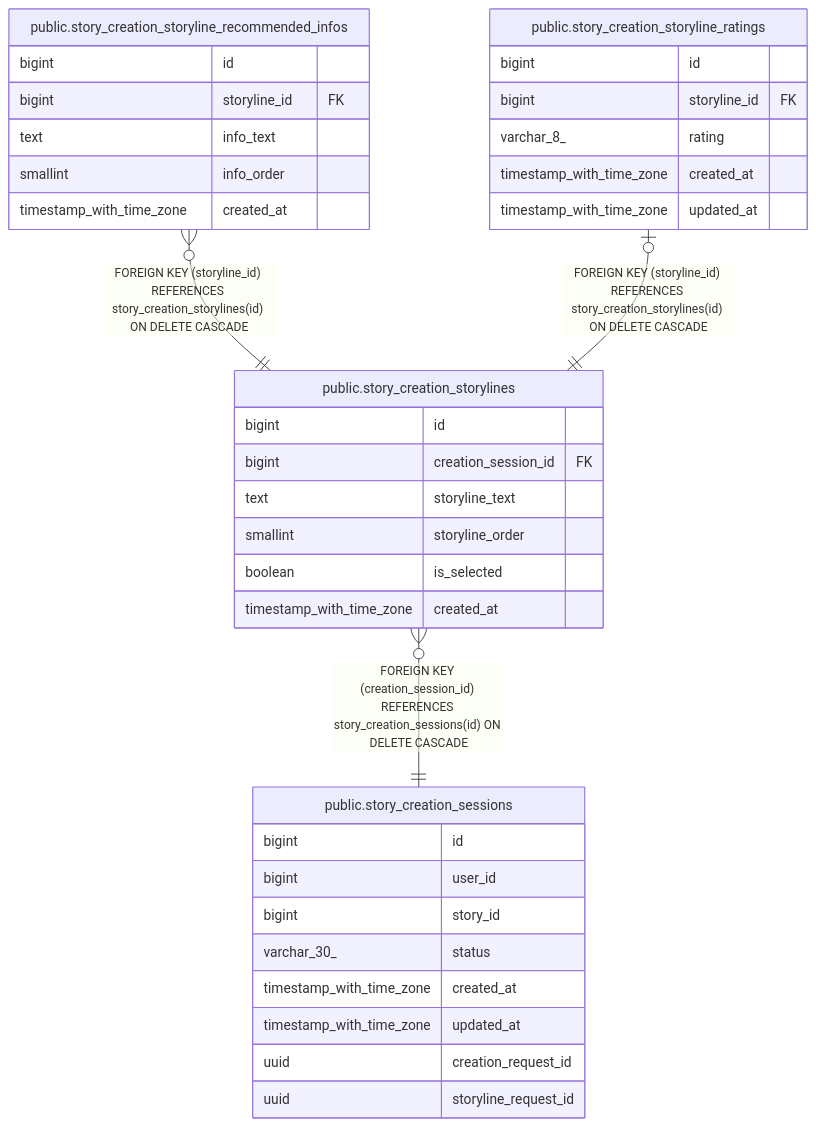
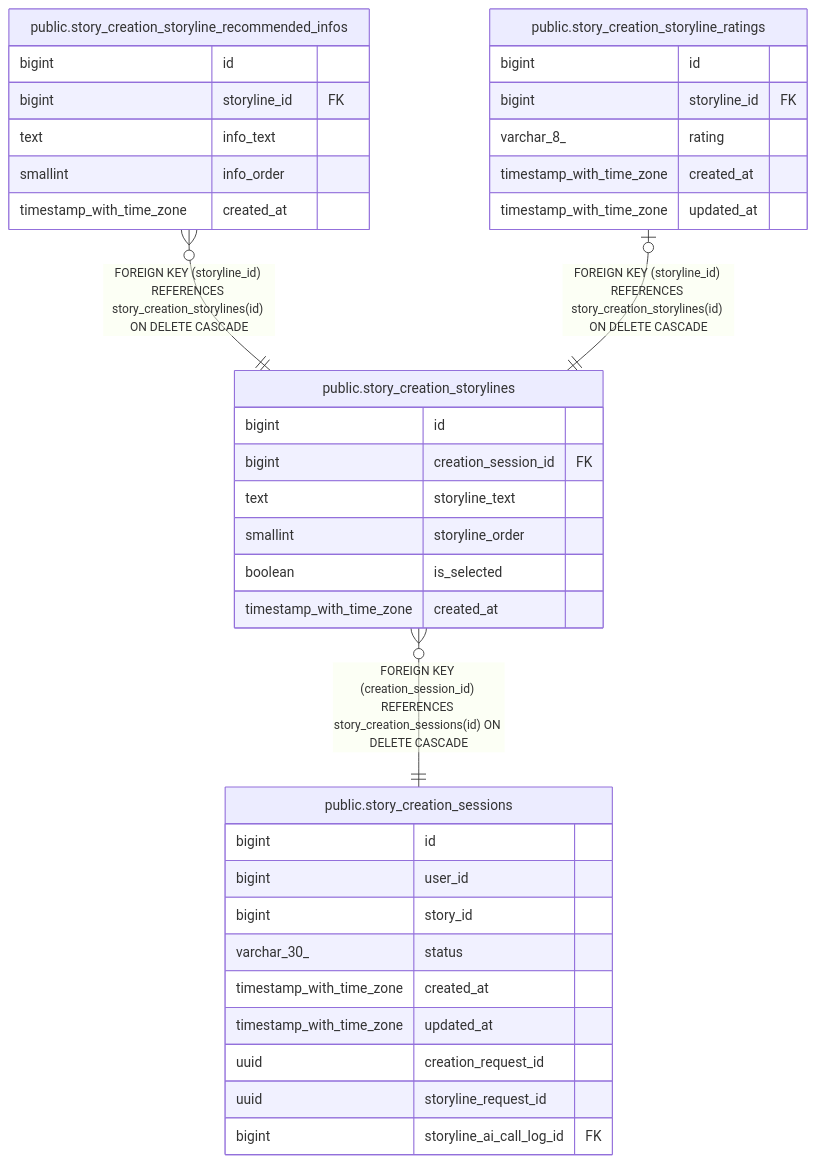
Before and after one commit to KIM-N-KANG/manyak-server: the diagram in dbdoc/public.story_creation_storylines.md, drawn with Mermaid. The commit also changed 15 other files, not shown here.

````diff
--- a/dbdoc/public.story_creation_storylines.md
+++ b/dbdoc/public.story_creation_storylines.md
@@ -32,40 +32,41 @@
 ```mermaid
 erDiagram
 
 "public.story_creation_storyline_recommended_infos" }o--|| "public.story_creation_storylines" : "FOREIGN KEY (storyline_id) REFERENCES story_creation_storylines(id) ON DELETE CASCADE"
 "public.story_creation_storyline_ratings" |o--|| "public.story_creation_storylines" : "FOREIGN KEY (storyline_id) REFERENCES story_creation_storylines(id) ON DELETE CASCADE"
 "public.story_creation_storylines" }o--|| "public.story_creation_sessions" : "FOREIGN KEY (creation_session_id) REFERENCES story_creation_sessions(id) ON DELETE CASCADE"
 
 "public.story_creation_storylines" {
   bigint id
   bigint creation_session_id FK
   text storyline_text
   smallint storyline_order
   boolean is_selected
   timestamp_with_time_zone created_at
 }
 "public.story_creation_storyline_recommended_infos" {
   bigint id
   bigint storyline_id FK
   text info_text
   smallint info_order
   timestamp_with_time_zone created_at
 }
 "public.story_creation_storyline_ratings" {
   bigint id
   bigint storyline_id FK
   varchar_8_ rating
   timestamp_with_time_zone created_at
   timestamp_with_time_zone updated_at
 }
 "public.story_creation_sessions" {
   bigint id
   bigint user_id
   bigint story_id
   varchar_30_ status
   timestamp_with_time_zone created_at
   timestamp_with_time_zone updated_at
   uuid creation_request_id
   uuid storyline_request_id
+  bigint storyline_ai_call_log_id FK
 }
 ```
````
